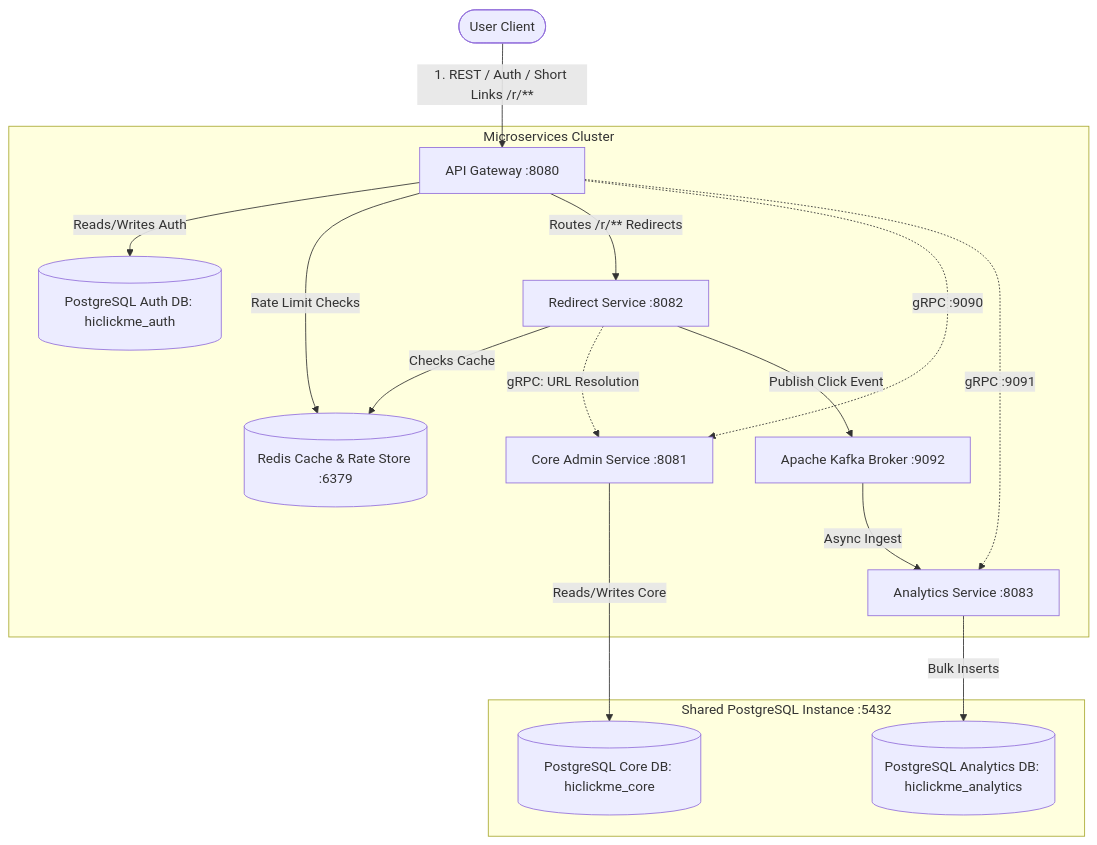
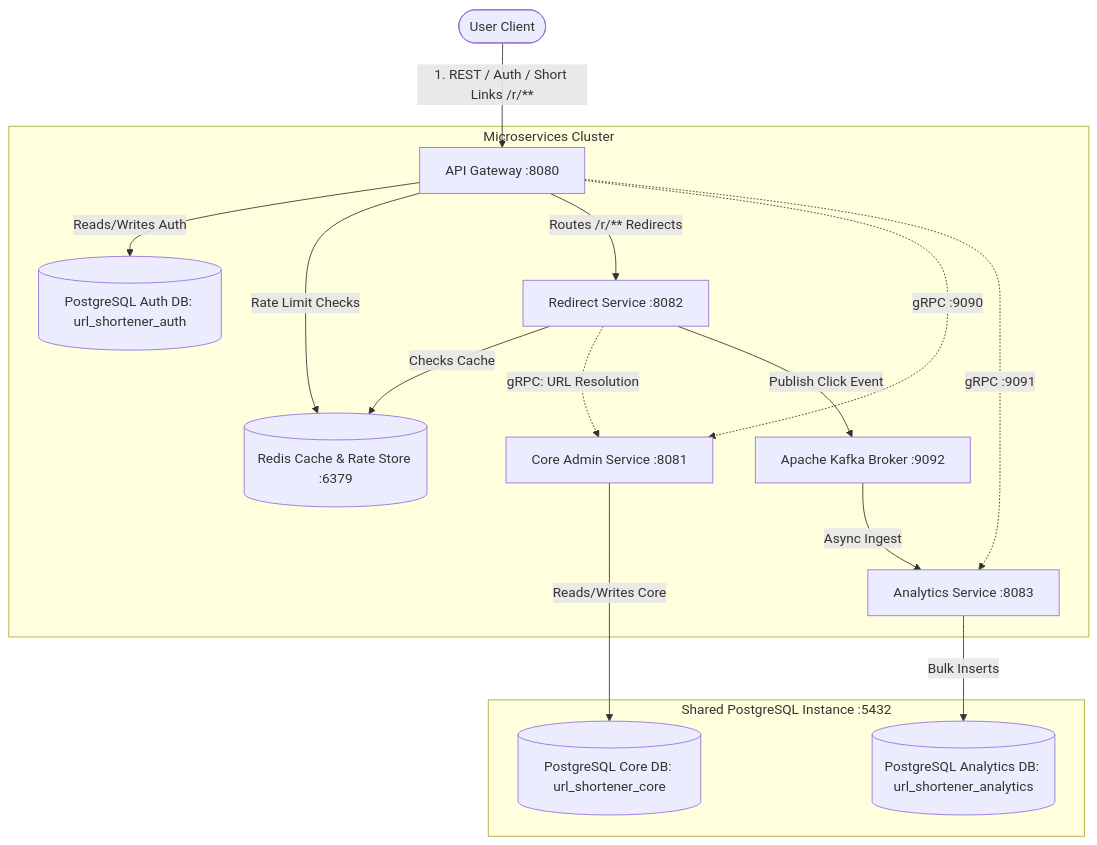
One commit to TheFastest599/url-shortener changed the first of 3 diagrams in docs/url_shortener_design_doc.md. Above: the diagram before and after it, drawn with Mermaid. The commit also changed other lines of this file and 4 other files, not shown here.

````diff
--- a/docs/url_shortener_design_doc.md
+++ b/docs/url_shortener_design_doc.md
@@ -49,31 +49,31 @@
 ```mermaid
 graph TD
     User([User Client]) -->|1. REST / Auth / Short Links /r/**| API_Gateway[API Gateway :8080]
 
     subgraph Microservices Cluster
         %% API Gateway & Auth
-        API_Gateway -->|Reads/Writes Auth| DB_Auth[(PostgreSQL Auth DB: hiclickme_auth)]
+        API_Gateway -->|Reads/Writes Auth| DB_Auth[(PostgreSQL Auth DB: url_shortener_auth)]
         API_Gateway -->|Rate Limit Checks| Redis_Shared[(Redis Cache & Rate Store :6379)]
         API_Gateway -->|Routes /r/** Redirects| MS_Redirect[Redirect Service :8082]
 
         %% gRPC Channels
         API_Gateway -.->|gRPC :9090| MS_Core[Core Admin Service :8081]
         API_Gateway -.->|gRPC :9091| MS_Analytics[Analytics Service :8083]
 
         %% Redirect Service
         MS_Redirect -->|Checks Cache| Redis_Shared
         MS_Redirect -.->|gRPC: URL Resolution| MS_Core
         MS_Redirect -->|Publish Click Event| KafkaBroker[Apache Kafka Broker :9092]
     end
 
     subgraph Shared PostgreSQL Instance :5432
         DB_Auth
-        DB_Core[(PostgreSQL Core DB: hiclickme_core)]
-        DB_Analytics[(PostgreSQL Analytics DB: hiclickme_analytics)]
+        DB_Core[(PostgreSQL Core DB: url_shortener_core)]
+        DB_Analytics[(PostgreSQL Analytics DB: url_shortener_analytics)]
     end
 
     %% Core & Analytics DBs
     MS_Core -->|Reads/Writes Core| DB_Core
     KafkaBroker -->|Async Ingest| MS_Analytics
     MS_Analytics -->|Bulk Inserts| DB_Analytics
 ```
````
